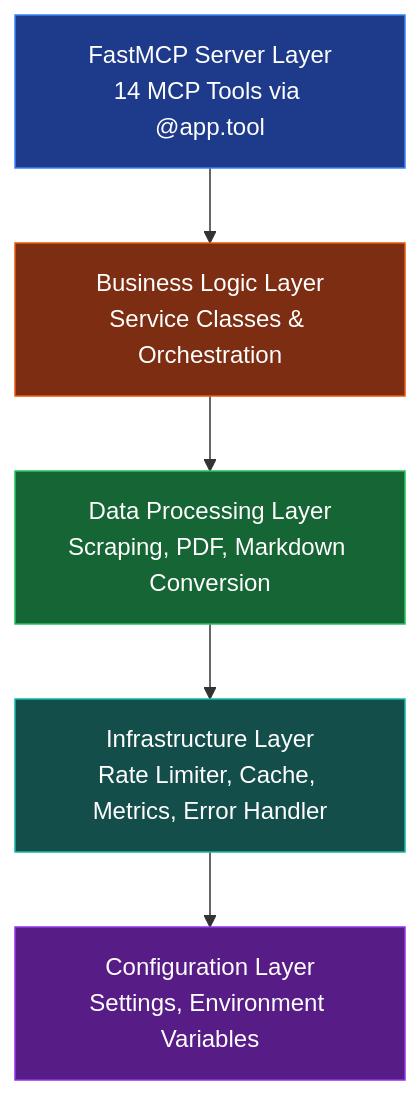
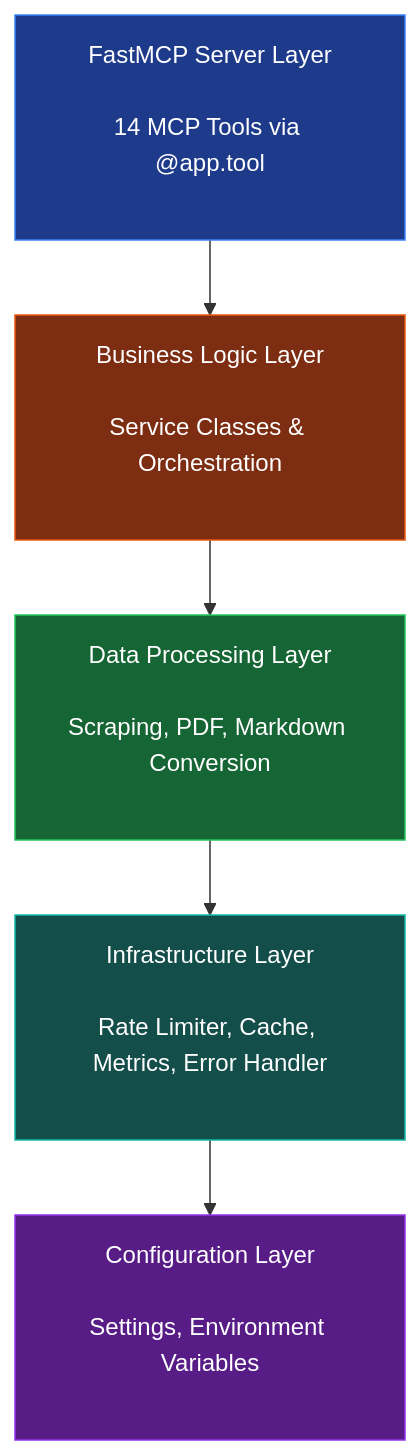
The first of 3 diagrams in docs/1-Framework.md (ThreeFish-AI/data-extractor), drawn with Mermaid before and after one commit. The commit also changed other lines of this file, not shown here.

Commit message:
docs(Framework): 优化核心架构层次图显示效果
- 增加节点宽度，添加换行标签提升视觉效果
- 使用div标签实现图表水平居中显示
- 保持深色主题配色方案不变
- 提升整体文档的专业性和可读性

🤖 Generated with [Claude Code](https://claude.ai/claude-code)

````diff
--- a/docs/1-Framework.md
+++ b/docs/1-Framework.md
@@ -29,13 +31,13 @@
 ```mermaid
 graph TD
-    A[FastMCP Server Layer<br/>14 MCP Tools via @app.tool] --> B[Business Logic Layer<br/>Service Classes & Orchestration]
-    B --> C[Data Processing Layer<br/>Scraping, PDF, Markdown Conversion]
-    C --> D[Infrastructure Layer<br/>Rate Limiter, Cache, Metrics, Error Handler]
-    D --> E[Configuration Layer<br/>Settings, Environment Variables]
+    A["FastMCP Server Layer<br/><br/>14 MCP Tools via @app.tool<br/><br/>"] --> B["Business Logic Layer<br/><br/>Service Classes & Orchestration<br/><br/>"]
+    B --> C["Data Processing Layer<br/><br/>Scraping, PDF, Markdown Conversion<br/><br/>"]
+    C --> D["Infrastructure Layer<br/><br/>Rate Limiter, Cache, Metrics, Error Handler<br/><br/>"]
+    D --> E["Configuration Layer<br/><br/>Settings, Environment Variables<br/><br/>"]
 
     style A fill:#1e3a8a,stroke:#3b82f6,color:#ffffff
     style B fill:#7c2d12,stroke:#ea580c,color:#ffffff
     style C fill:#166534,stroke:#22c55e,color:#ffffff
     style D fill:#134e4a,stroke:#14b8a6,color:#ffffff
     style E fill:#581c87,stroke:#9333ea,color:#ffffff
 ```
````
